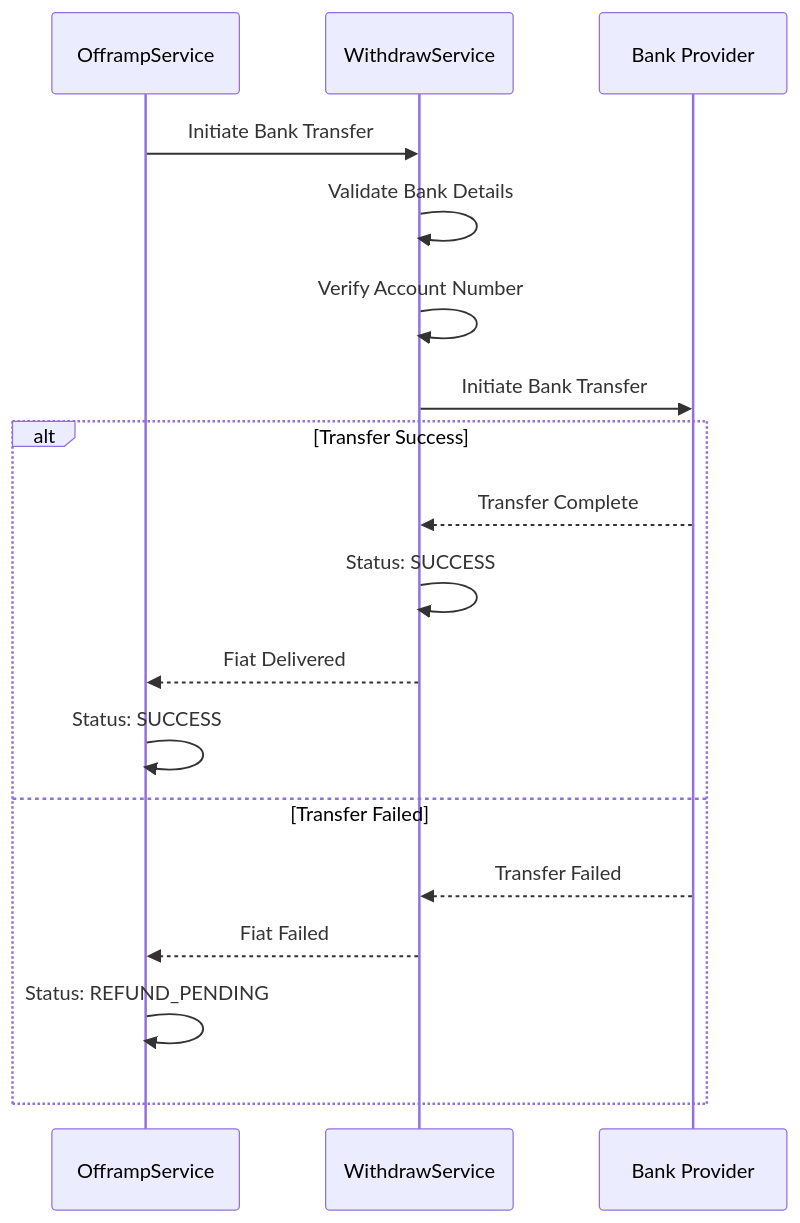
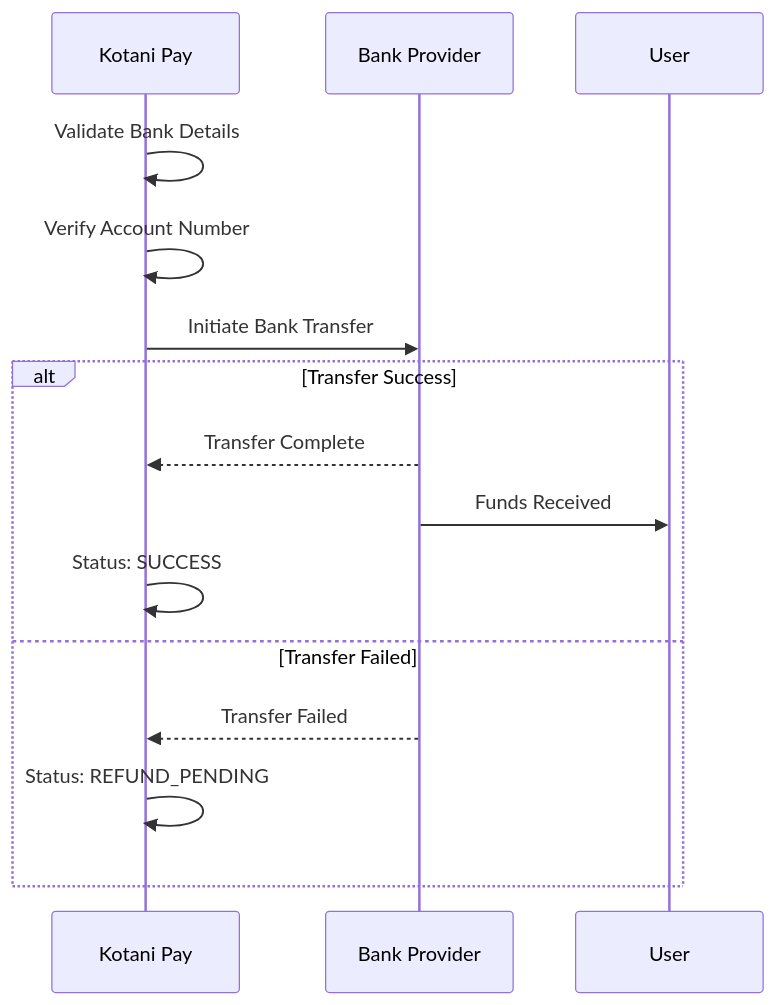
The fifth of 7 diagrams in v3/flows/offramp-flow.mdx (john-muinde/docs), drawn with Mermaid before and after one commit. The commit also changed other lines of this file and 5 other files, not shown here.

````diff
--- a/v3/flows/offramp-flow.mdx
+++ b/v3/flows/offramp-flow.mdx
@@ -124,22 +115,19 @@
 ```mermaid
 sequenceDiagram
-    participant OfframpService
-    participant WithdrawService
-    participant Provider as Bank Provider
+    participant Kotani Pay
+    participant Bank as Bank Provider
+    participant User
 
-    OfframpService->>WithdrawService: Initiate Bank Transfer
-    WithdrawService->>WithdrawService: Validate Bank Details
-    WithdrawService->>WithdrawService: Verify Account Number
-    WithdrawService->>Provider: Initiate Bank Transfer
+    Kotani Pay->>Kotani Pay: Validate Bank Details
+    Kotani Pay->>Kotani Pay: Verify Account Number
+    Kotani Pay->>Bank: Initiate Bank Transfer
 
     alt Transfer Success
-        Provider-->>WithdrawService: Transfer Complete
-        WithdrawService->>WithdrawService: Status: SUCCESS
-        WithdrawService-->>OfframpService: Fiat Delivered
-        OfframpService->>OfframpService: Status: SUCCESS
+        Bank-->>Kotani Pay: Transfer Complete
+        Bank->>User: Funds Received
+        Kotani Pay->>Kotani Pay: Status: SUCCESS
     else Transfer Failed
-        Provider-->>WithdrawService: Transfer Failed
-        WithdrawService-->>OfframpService: Fiat Failed
-        OfframpService->>OfframpService: Status: REFUND_PENDING
+        Bank-->>Kotani Pay: Transfer Failed
+        Kotani Pay->>Kotani Pay: Status: REFUND_PENDING
     end
 ```
````
